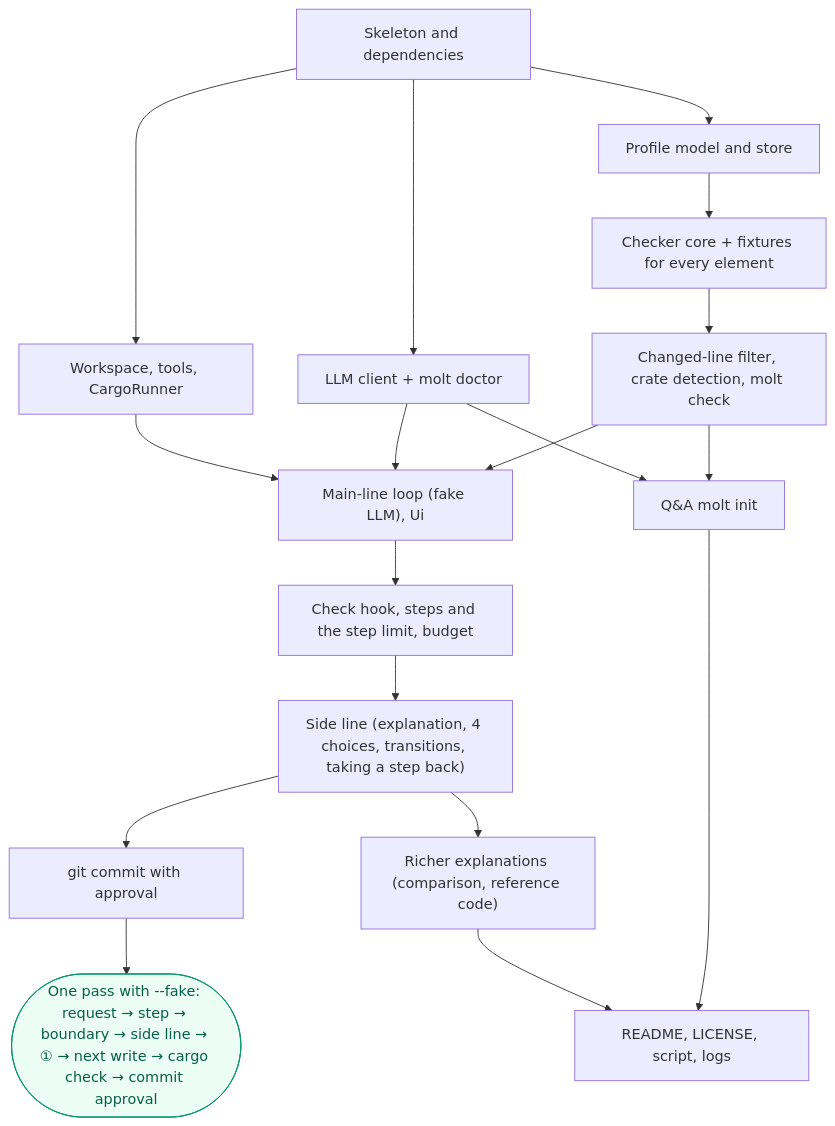
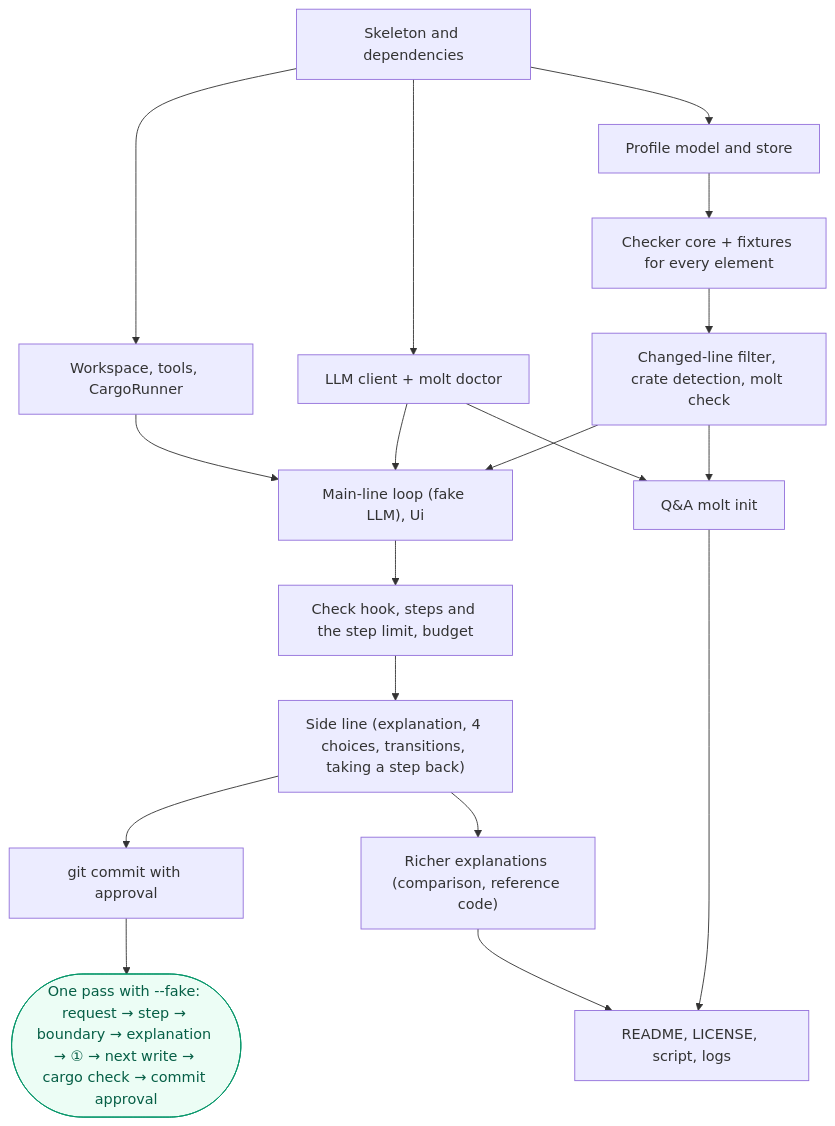
Before and after one commit to sumiredc/molt: the ninth of 9 diagrams in PRD.md, drawn with Mermaid. The commit also changed other lines of this file and 1 other file, not shown here.

First line of the commit message:
レビューの指摘で、/done の条件・止まったままの終了・cargo add の順序などを決める

````diff
--- a/PRD.md
+++ b/PRD.md
@@ -490,21 +492,21 @@
 ```mermaid
 flowchart TB
   s0["Skeleton and dependencies"] --> s1["Profile model and store"]
   s1 --> s2["Checker core + fixtures for every element"]
   s2 --> s3["Changed-line filter, crate detection, molt check"]
   s0 --> s4["LLM client + molt doctor"]
   s0 --> s5["Workspace, tools, CargoRunner"]
   s3 --> s6["Main-line loop (fake LLM), Ui"]
   s4 --> s6
   s5 --> s6
   s6 --> s7["Check hook, steps and the step limit, budget"]
   s7 --> s8["Side line (explanation, 4 choices, transitions, taking a step back)"]
   s8 --> s9["git commit with approval"]
-  s9 --> m(["One pass with --fake: request → step → boundary → side line → ① → next write → cargo check → commit approval"]):::ok
+  s9 --> m(["One pass with --fake: request → step → boundary → explanation → ① → next write → cargo check → commit approval"]):::ok
   s3 --> s10["Q&A molt init"]
   s4 --> s10
   s8 --> s11["Richer explanations (comparison, reference code)"]
   s10 --> s12["README, LICENSE, script, logs"]
   s11 --> s12
   classDef ok fill:#ecfdf5,stroke:#059669,color:#065f46
 ```
````
